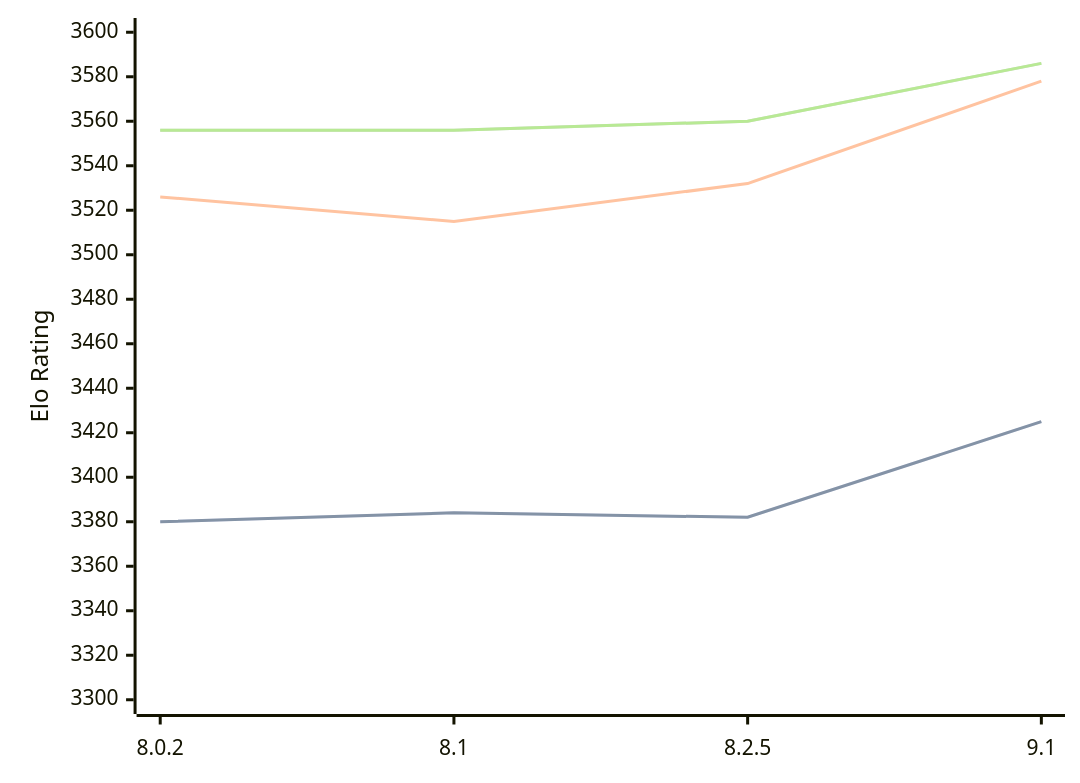
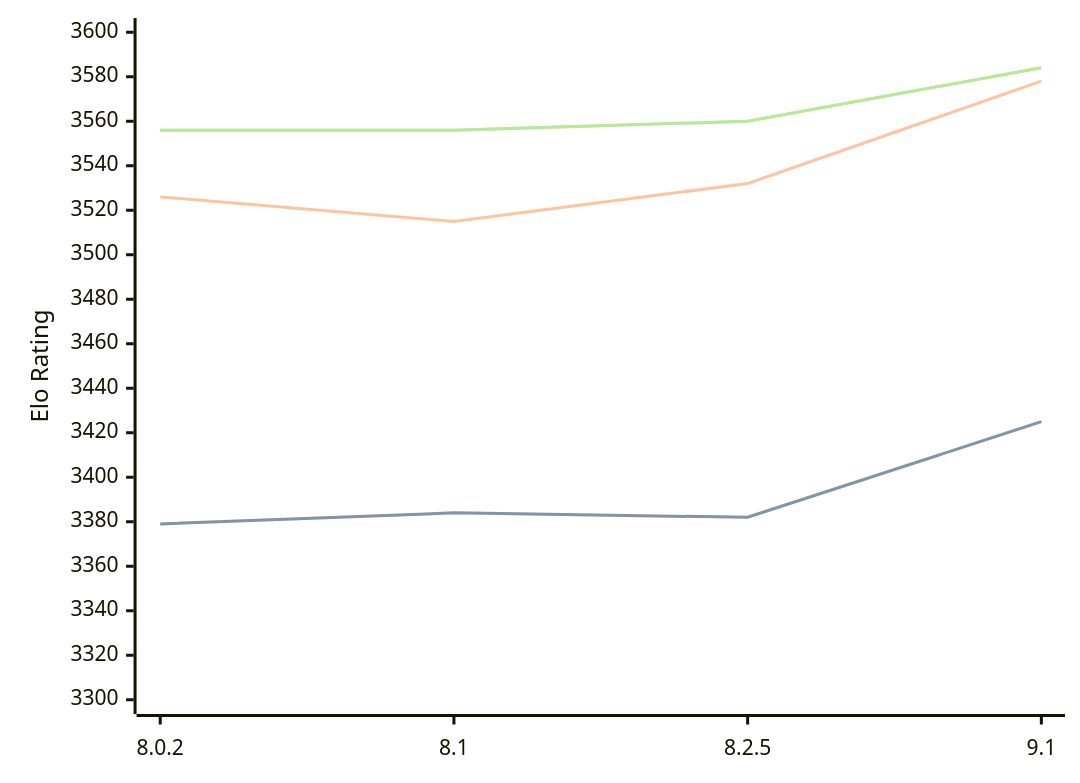
One commit to computer-chess-index/cci changed the diagram in engines/Clover.md. Above: the diagram before and after it, drawn with Mermaid. The commit also changed other lines of this file, not shown here.

Commit message:
Update CCI Ratings (ELO VLTC) - 2026-03-03

````diff
--- a/engines/Clover.md
+++ b/engines/Clover.md
@@ -62,11 +62,11 @@
 ```mermaid
 %%{init: {"theme":"base","themeVariables":{"seriesColors:['#a3a3a3','#222221','#faa371']}}}%%
 xychart-beta
   x-axis ["8.0.2", "8.1", "8.2.5", "9.1"]
   y-axis "Elo Rating" 3300 --> 3600
-  line "STC (8.0+0.08s)" [3380, 3384, 3382, 3425]
-  line "STC (8.0+0.08s)" [3380, 3384, 3382, 3425]
+  line "STC (8.0+0.08s)" [3379, 3384, 3382, 3425]
+  line "STC (8.0+0.08s)" [3379, 3384, 3382, 3425]
   line "LTC (60.0+0.60s)" [3526, 3515, 3532, 3578]
-  line "VLTC (2m24s+1.12s)" [3556, 3556, 3560, 3586]
-  line "VLTC (2m24s+1.12s)" [3556, 3556, 3560, 3586]
+  line "VLTC (2m24s+1.12s)" [3556, 3556, 3560, 3584]
+  line "VLTC (2m24s+1.12s)" [3556, 3556, 3560, 3584]
 ```
````
